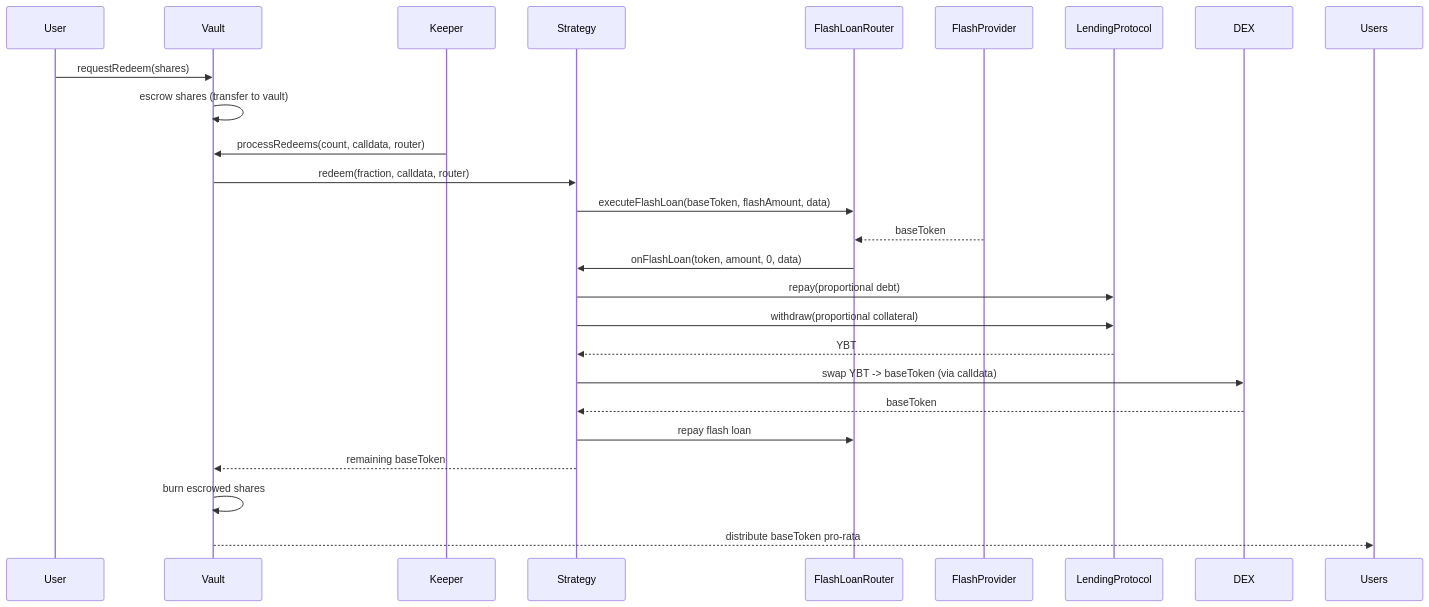
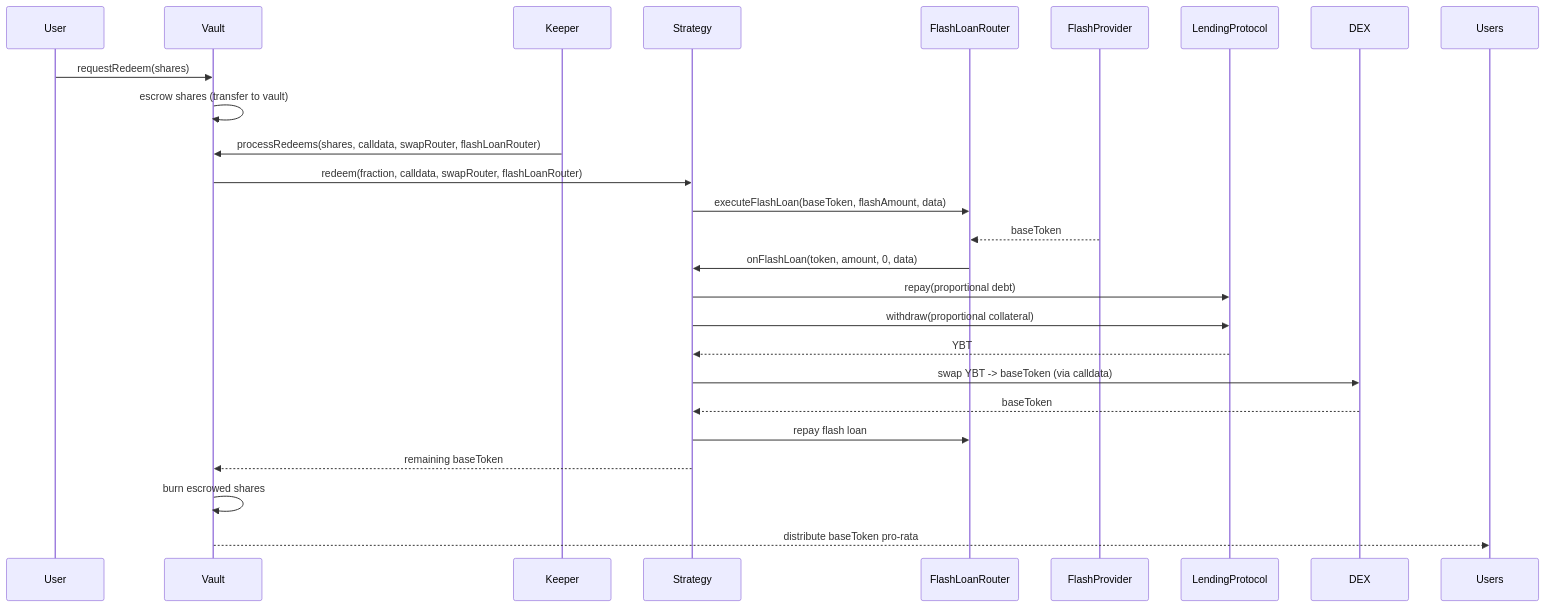
One commit to evgenynacu/leverage-vaults changed the second of 8 diagrams in docs/architecture/token-flows.md. Above: the diagram before and after it, drawn with Mermaid. The commit also changed other lines of this file and 25 other files, not shown here.

````diff
--- a/docs/architecture/token-flows.md
+++ b/docs/architecture/token-flows.md
@@ -30,19 +32,19 @@
 ```mermaid
 sequenceDiagram
     User->>Vault: requestRedeem(shares)
     Vault->>Vault: escrow shares (transfer to vault)
-    Keeper->>Vault: processRedeems(count, calldata, router)
-    Vault->>Strategy: redeem(fraction, calldata, router)
+    Keeper->>Vault: processRedeems(shares, calldata, swapRouter, flashLoanRouter)
+    Vault->>Strategy: redeem(fraction, calldata, swapRouter, flashLoanRouter)
     Strategy->>FlashLoanRouter: executeFlashLoan(baseToken, flashAmount, data)
     FlashProvider-->>FlashLoanRouter: baseToken
     FlashLoanRouter->>Strategy: onFlashLoan(token, amount, 0, data)
     Strategy->>LendingProtocol: repay(proportional debt)
     Strategy->>LendingProtocol: withdraw(proportional collateral)
     LendingProtocol-->>Strategy: YBT
     Strategy->>DEX: swap YBT -> baseToken (via calldata)
     DEX-->>Strategy: baseToken
     Strategy->>FlashLoanRouter: repay flash loan
     Strategy-->>Vault: remaining baseToken
     Vault->>Vault: burn escrowed shares
     Vault-->>Users: distribute baseToken pro-rata
 ```
````
